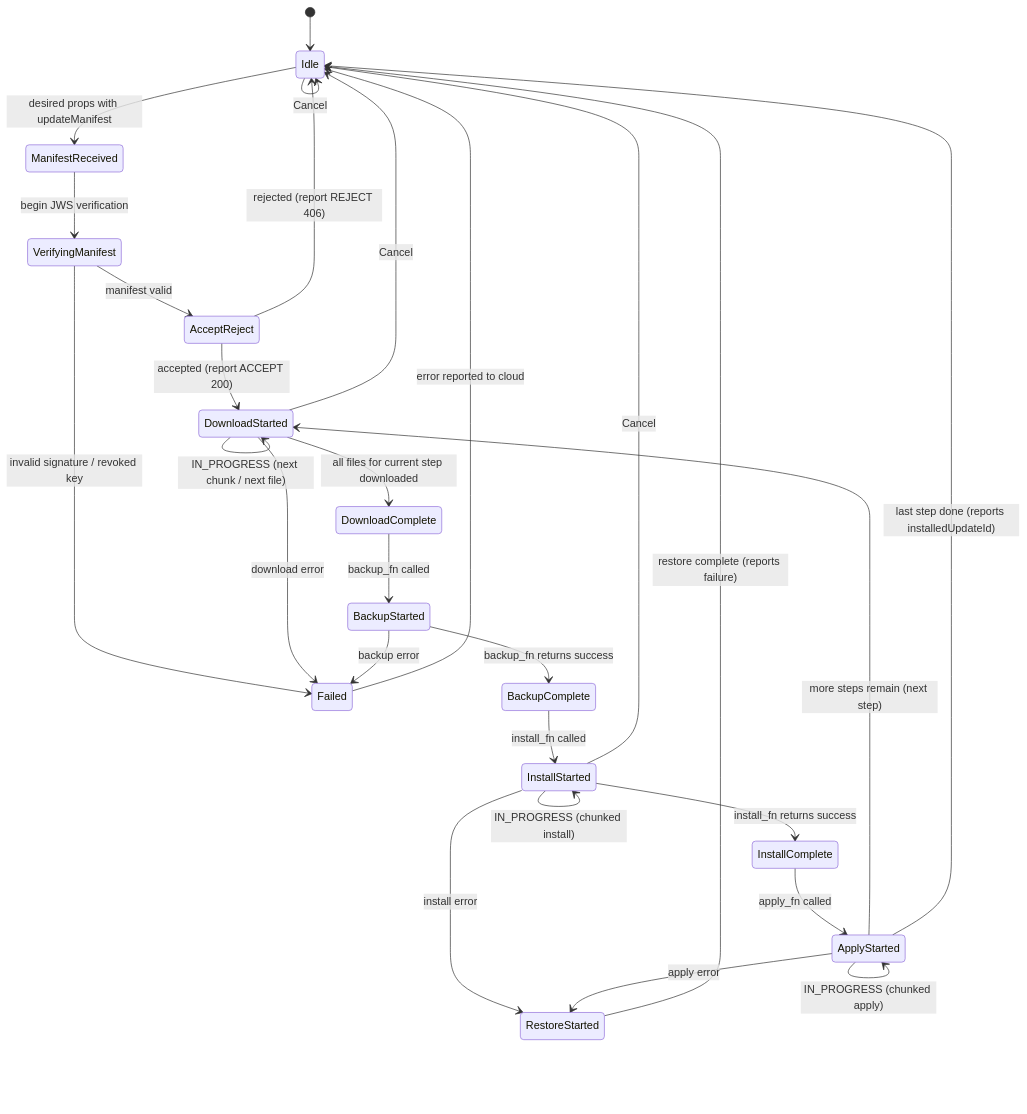
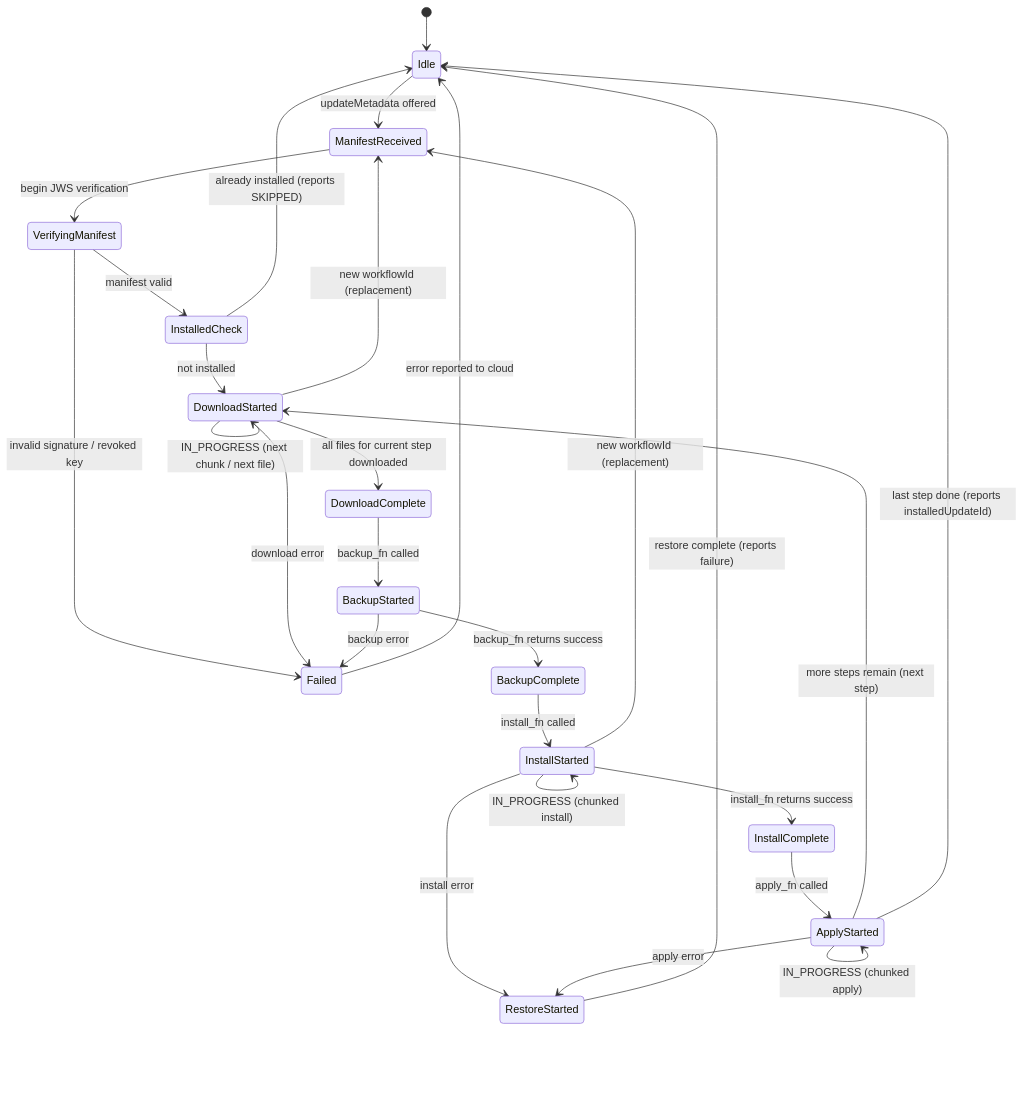
The second of 7 diagrams in c/docs/eng/adu-client-design.md (Azure/azure-iot-sdk), drawn with Mermaid before and after one commit. The commit also changed other lines of this file and 10 other files, not shown here.

````diff
--- a/c/docs/eng/adu-client-design.md
+++ b/c/docs/eng/adu-client-design.md
@@ -227,38 +89,37 @@
 ```mermaid
 stateDiagram-v2
     [*] --> Idle
 
-    Idle --> ManifestReceived : desired props with updateManifest
+    Idle --> ManifestReceived : updateMetadata offered
     ManifestReceived --> VerifyingManifest : begin JWS verification
-    VerifyingManifest --> AcceptReject : manifest valid
+    VerifyingManifest --> InstalledCheck : manifest valid
     VerifyingManifest --> Failed : invalid signature / revoked key
 
-    AcceptReject --> DownloadStarted : accepted (report ACCEPT 200)
-    AcceptReject --> Idle : rejected (report REJECT 406)
+    InstalledCheck --> DownloadStarted : not installed
+    InstalledCheck --> Idle : already installed (reports SKIPPED)
 
     DownloadStarted --> DownloadStarted : IN_PROGRESS (next chunk / next file)
     DownloadStarted --> DownloadComplete : all files for current step downloaded
     DownloadStarted --> Failed : download error
 
     DownloadComplete --> BackupStarted : backup_fn called
     BackupStarted --> BackupComplete : backup_fn returns success
     BackupStarted --> Failed : backup error
 
     BackupComplete --> InstallStarted : install_fn called
     InstallStarted --> InstallStarted : IN_PROGRESS (chunked install)
     InstallStarted --> InstallComplete : install_fn returns success
     InstallStarted --> RestoreStarted : install error
 
     InstallComplete --> ApplyStarted : apply_fn called
     ApplyStarted --> ApplyStarted : IN_PROGRESS (chunked apply)
     ApplyStarted --> DownloadStarted : more steps remain (next step)
     ApplyStarted --> Idle : last step done (reports installedUpdateId)
     ApplyStarted --> RestoreStarted : apply error
 
     RestoreStarted --> Idle : restore complete (reports failure)
     Failed --> Idle : error reported to cloud
 
-    Idle --> Idle : Cancel
-    DownloadStarted --> Idle : Cancel
-    InstallStarted --> Idle : Cancel
+    DownloadStarted --> ManifestReceived : new workflowId (replacement)
+    InstallStarted --> ManifestReceived : new workflowId (replacement)
 ```
````
